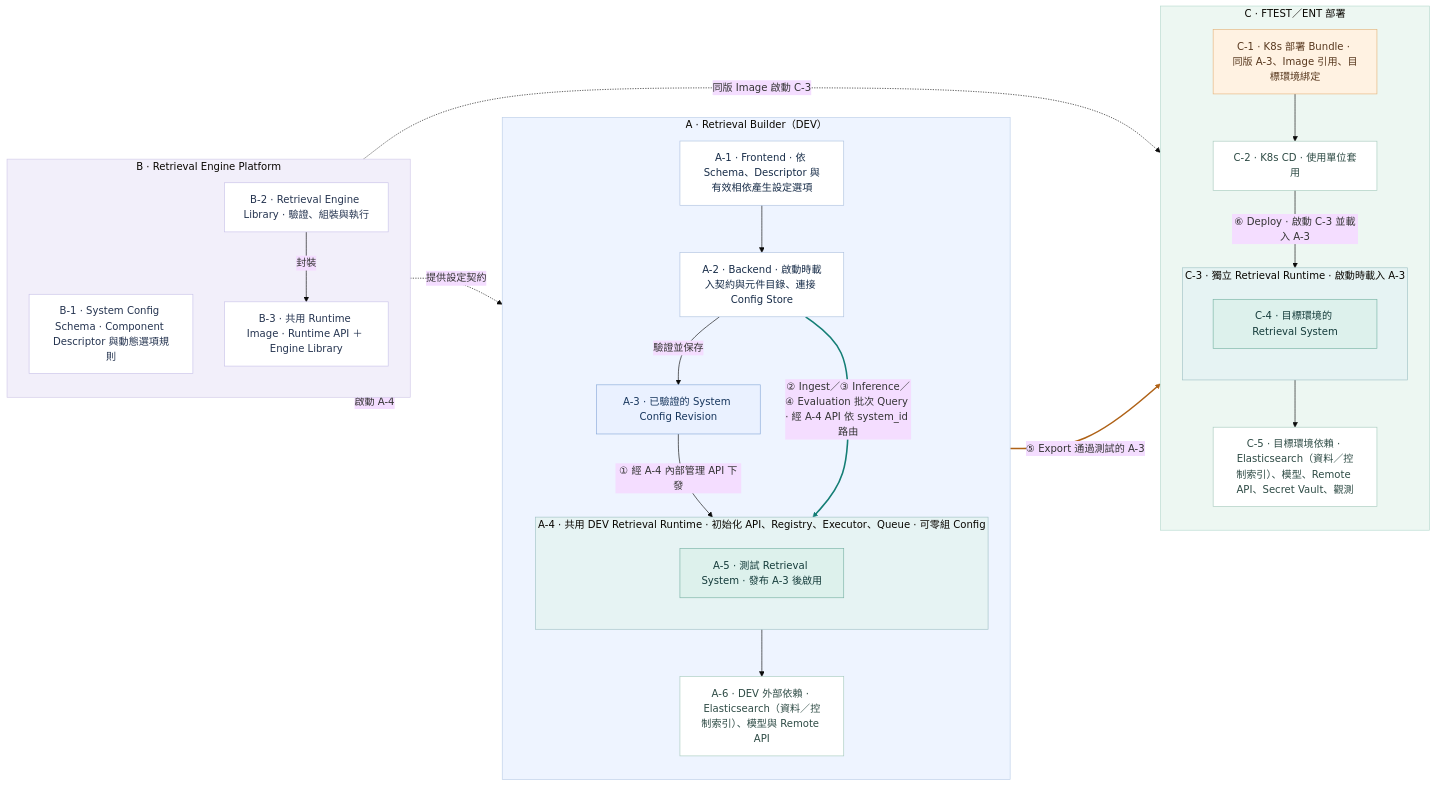
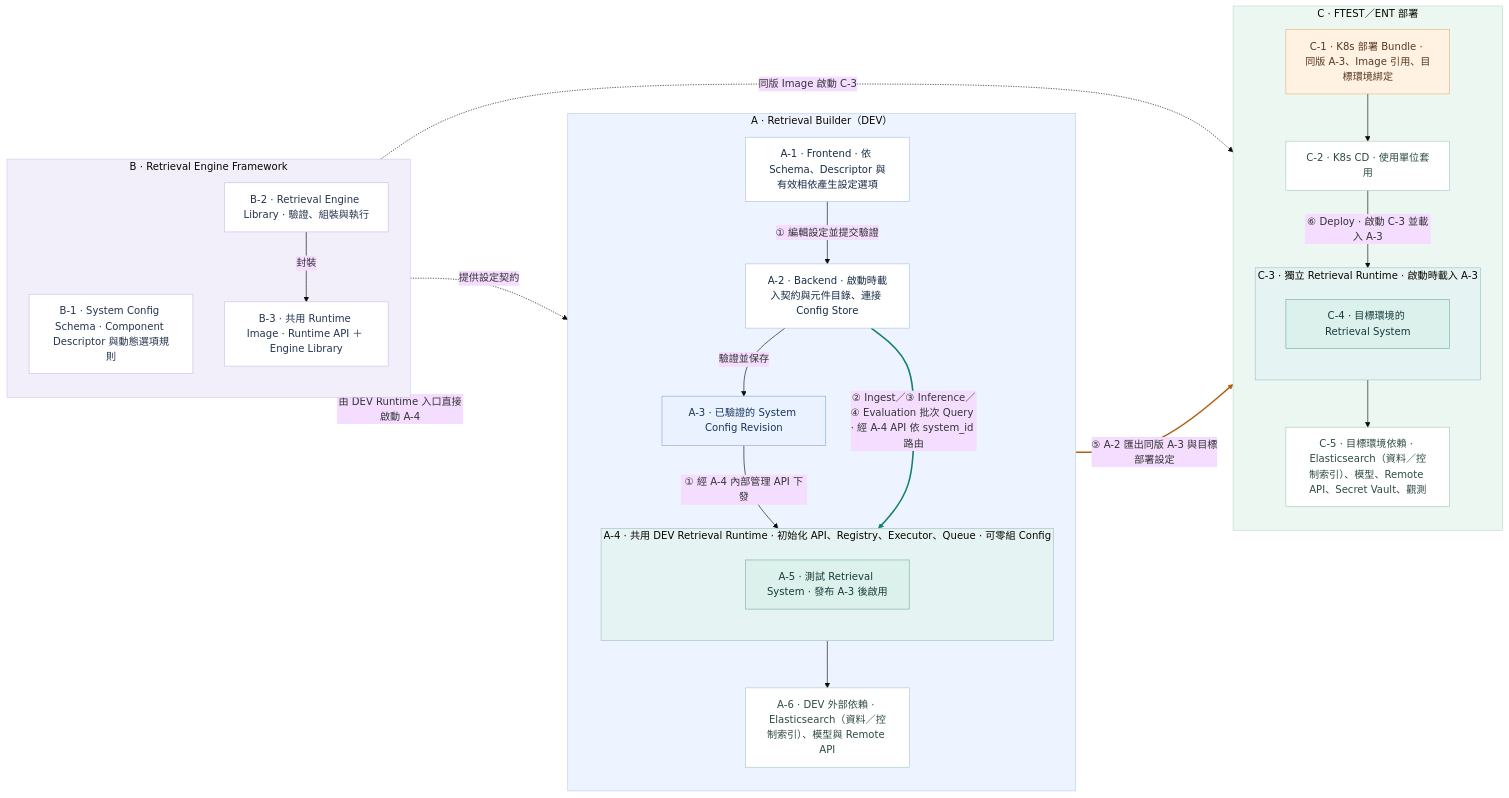
The diagram in diagrams/02_infra_architecture.mmd (SunnyWenwen/rag_platform), drawn with Mermaid (base theme) before and after one commit. The commit also changed 8 other files, not shown here.

Commit message:
Split retrieval architecture into startup and user operation views

```diff
--- a/diagrams/02_infra_architecture.mmd
+++ b/diagrams/02_infra_architecture.mmd
@@ -1,74 +1,77 @@
 flowchart LR
   %% Architecture groups A, B and C contain locally numbered boxes.
   %% Solid blue: Config publication and deployment. Teal: business API use.
-  %% Dashed: artifacts or contracts delivered by the Engine Platform.
+  %% Dashed: artifacts or contracts delivered by the Engine Framework.
   %% Orange: export of the approved logical Config and target deployment settings.
-  %% 1 設定與啟用：A-1／A-2 → A-3 → A-4／A-5
-  %% 2 Ingest：A-1／A-2 → A-4／A-5 → A-6
-  %% 3 Inference、4 Evaluation：A-1／A-2 → A-4／A-5
-  %% 5 Export：A-2 匯出 A-3 → C-1；6 Deploy：C-2 → C-3 → C-4
-  %% A initializes A-1, A-2 and shared A-4. A-4 can start with no Config; publishing A-3 enables A-5.
+  %% 1 設定與啟用：在 A-1 設定，A-2 驗證並發布 A-3。A-4 套用設定，啟用 A-5。
+  %% 2 Ingest：從 A-1 上傳，A-2 提交匯入。A-5 處理文件，寫入 A-6 的索引。
+  %% 3 Inference：從 A-1 提問，A-2 送出查詢。A-4 路由到 A-5，並回傳結果。
+  %% 4 Evaluation：在 A-1 啟動評估。Runner 批次查詢 A-5 並彙整結果。
+  %% 5 Export：A-2 匯出同版 A-3 與部署設定。產生 C-1 部署 Bundle。
+  %% 6 Deploy：使用單位透過 C-2 套用 C-1。啟動 C-3，建立 C-4。
+  %% A starts shared A-4 directly from B-2. B-3 carries the Runtime API and Library for deployment to C-3.
+  %% A-4 can start with no Config; publishing A-3 enables A-5.
 
   subgraph A["A · Retrieval Builder（DEV）"]
     direction TB
     A1["A-1 · Frontend · 依 Schema、Descriptor 與有效相依產生設定選項"]
     A2["A-2 · Backend · 啟動時載入契約與元件目錄、連接 Config Store"]
     A3["A-3 · 已驗證的 System Config Revision"]
     subgraph A4["A-4 · 共用 DEV Retrieval Runtime · 初始化 API、Registry、Executor、Queue · 可零組 Config"]
       direction TB
       A5["A-5 · 測試 Retrieval System · 發布 A-3 後啟用"]
     end
     A6["A-6 · DEV 外部依賴 · Elasticsearch（資料／控制索引）、模型與 Remote API"]
-    A1 --> A2
+    A1 -->|"① 編輯設定並提交驗證"| A2
     A2 -->|"驗證並保存"| A3
     A3 -->|"① 經 A-4 內部管理 API 下發"| A5
     A2 -->|"② Ingest／③ Inference／④ Evaluation 批次 Query · 經 A-4 API 依 system_id 路由"| A5
     A5 --> A6
   end
 
-  subgraph B["B · Retrieval Engine Platform"]
+  subgraph B["B · Retrieval Engine Framework"]
     direction TB
     B1["B-1 · System Config Schema · Component Descriptor 與動態選項規則"]
     B2["B-2 · Retrieval Engine Library · 驗證、組裝與執行"]
     B3["B-3 · 共用 Runtime Image · Runtime API ＋ Engine Library"]
     B2 -->|"封裝"| B3
   end
 
   subgraph C["C · FTEST／ENT 部署"]
     direction TB
     C1["C-1 · K8s 部署 Bundle · 同版 A-3、Image 引用、目標環境綁定"]
     C2["C-2 · K8s CD · 使用單位套用"]
     subgraph C3["C-3 · 獨立 Retrieval Runtime · 啟動時載入 A-3"]
       direction TB
       C4["C-4 · 目標環境的 Retrieval System"]
     end
     C5["C-5 · 目標環境依賴 · Elasticsearch（資料／控制索引）、模型、Remote API、Secret Vault、觀測"]
     C1 --> C2
     C2 -->|"⑥ Deploy · 啟動 C-3 並載入 A-3"| C4
     C4 --> C5
   end
 
   B1 -.->|"提供設定契約"| A2
-  B3 -.->|"啟動 A-4"| A4
+  B2 -.->|"由 DEV Runtime 入口直接啟動 A-4"| A4
   B3 -.->|"同版 Image 啟動 C-3"| C3
-  A3 -->|"⑤ Export 通過測試的 A-3"| C1
+  A3 -->|"⑤ A-2 匯出同版 A-3 與目標部署設定"| C1
 
   classDef builder fill:#ffffff,stroke:#aec2df,color:#172c48
   classDef engine fill:#ffffff,stroke:#c8c2e9,color:#253450
   classDef config fill:#eaf1ff,stroke:#88a9d9,color:#17365d
   classDef system fill:#ddf1ec,stroke:#78b3a4,color:#153c3b
   classDef infra fill:#ffffff,stroke:#a7cbbe,color:#2e4b45
   classDef bundle fill:#fff2e2,stroke:#e5b47c,color:#58381e
   class A1,A2 builder
   class B1,B2,B3 engine
   class A3 config
   class A5,C4 system
   class A6,C5,C2 infra
   class C1 bundle
   style A fill:#eef4ff,stroke:#bbcee8
   style B fill:#f2effa,stroke:#d1c9e8
   style C fill:#edf7f2,stroke:#b6dace
   style A4 fill:#e6f3f3,stroke:#a0c2c5
   style C3 fill:#e6f3f3,stroke:#a0c2c5
   linkStyle 3 stroke:#147e75,stroke-width:2.5px
   linkStyle 12 stroke:#af6217,stroke-width:2.5px
```
